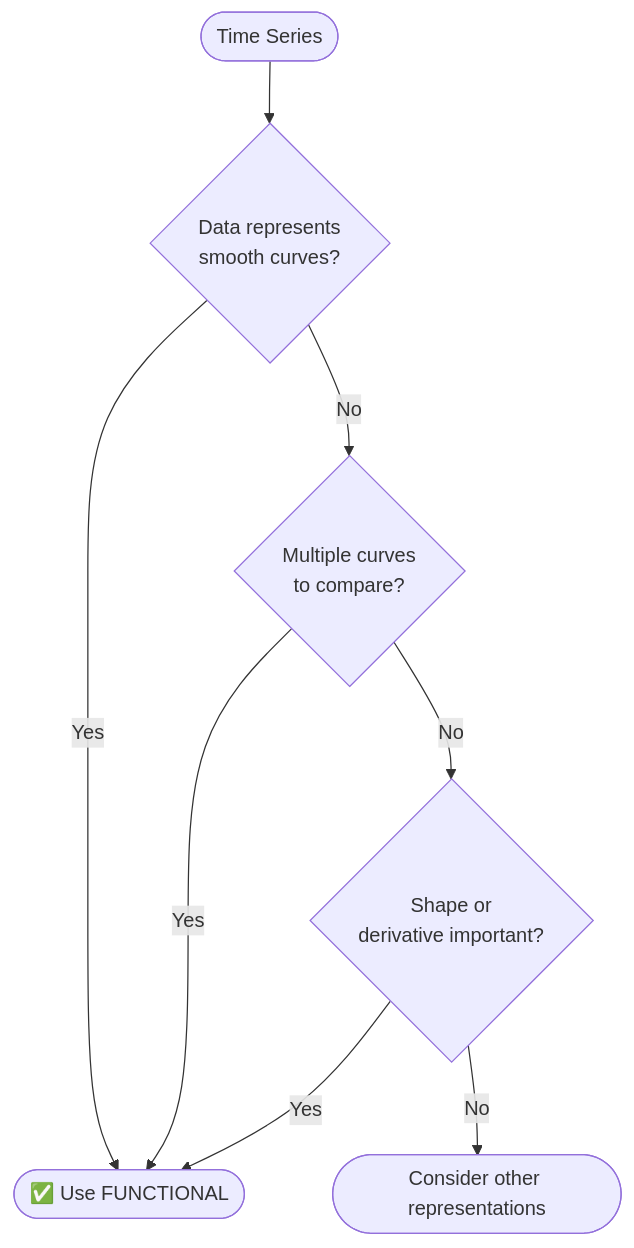
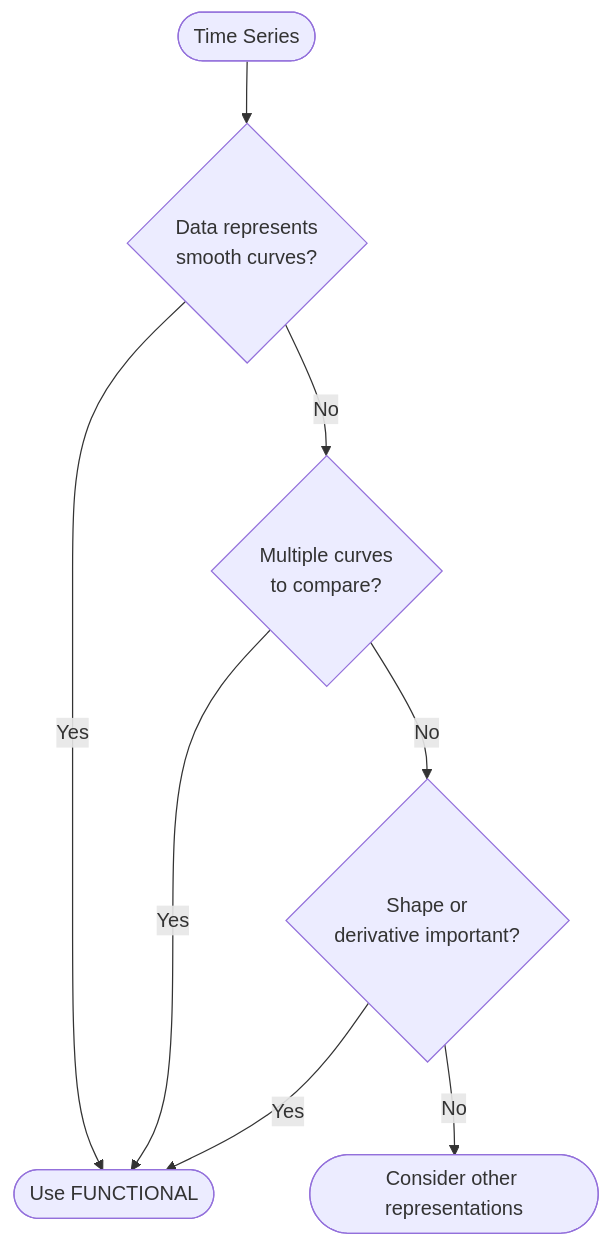
Before and after one commit to Shuxin-Y/time-series-analysis-manual: diagram 11 of 14 in docs/01-master-flowchart/03-representation-workflow.md, drawn with Mermaid. The commit also changed other lines of this file and 3 other files, not shown here.

First line of the commit message:
Enable Mermaid rendering and remove all emojis from flowcharts

````diff
--- a/docs/01-master-flowchart/03-representation-workflow.md
+++ b/docs/01-master-flowchart/03-representation-workflow.md
@@ -558,19 +558,19 @@
 ```mermaid
 graph TD
     START([Time Series]) --> QUESTION1
 
     QUESTION1{Data represents<br/>smooth curves?}
     QUESTION1 -->|Yes| FUNC_GOOD
     QUESTION1 -->|No| QUESTION2
 
     QUESTION2{Multiple curves<br/>to compare?}
     QUESTION2 -->|Yes| FUNC_GOOD
     QUESTION2 -->|No| QUESTION3
 
     QUESTION3{Shape or<br/>derivative important?}
     QUESTION3 -->|Yes| FUNC_GOOD
     QUESTION3 -->|No| CONSIDER_OTHER
 
-    FUNC_GOOD([✅ Use FUNCTIONAL])
+    FUNC_GOOD([Use FUNCTIONAL])
     CONSIDER_OTHER([Consider other representations])
 ```
````
